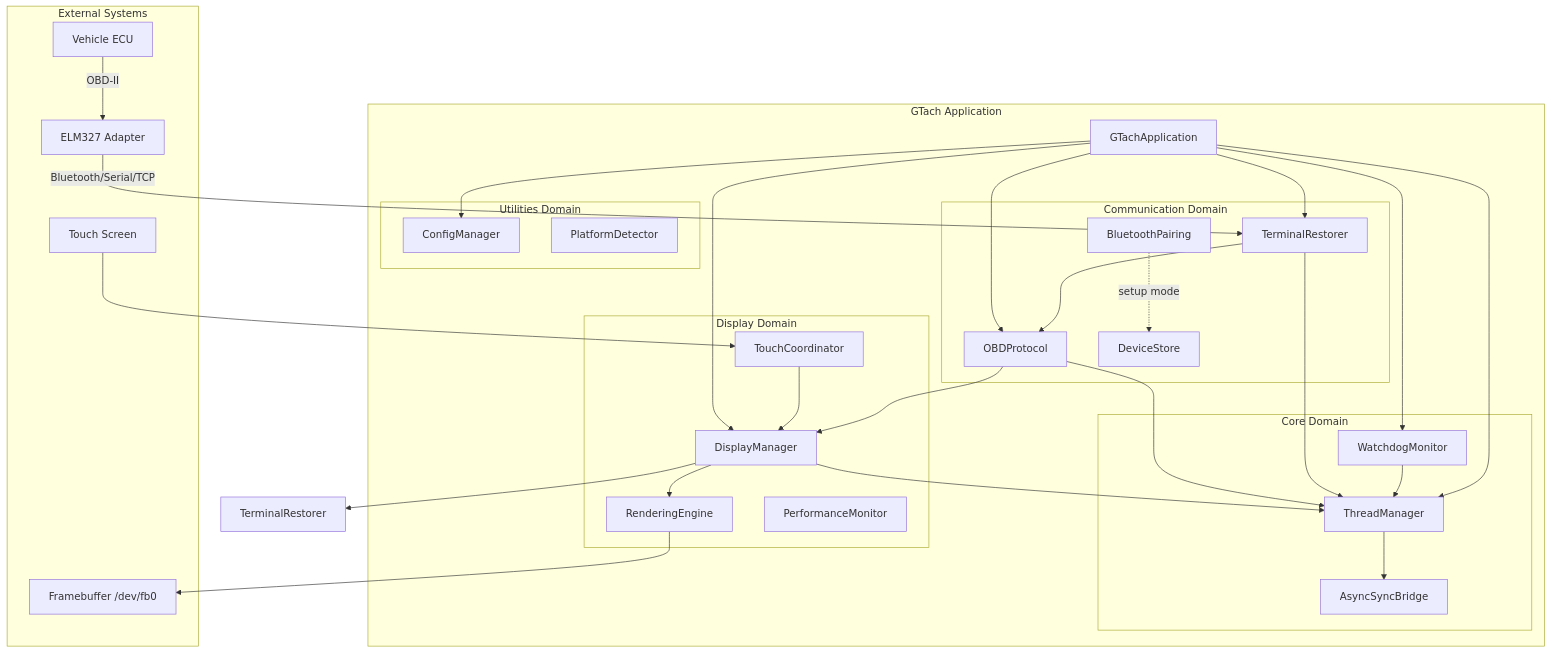
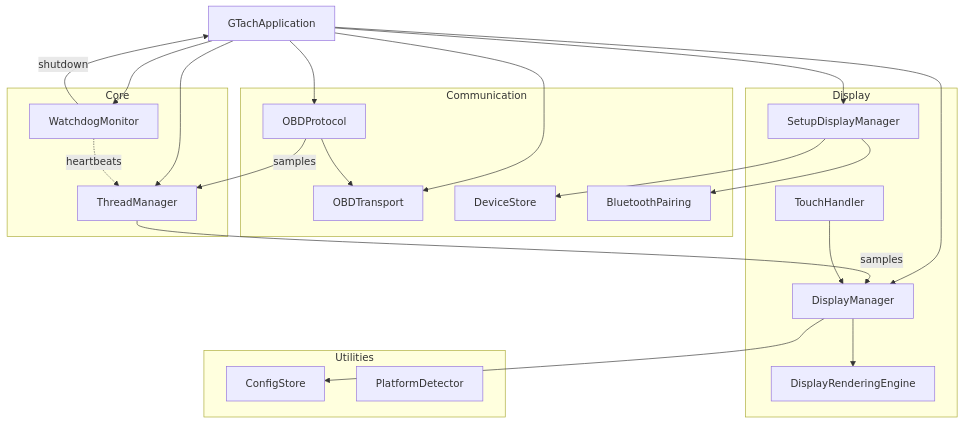
Before and after one commit to William12556/GTach: the second of 3 diagrams in ai/workspace/design/design-gtach-master.md, drawn with Mermaid. The commit also changed other lines of this file and 12 other files, not shown here.

````diff
--- a/ai/workspace/design/design-gtach-master.md
+++ b/ai/workspace/design/design-gtach-master.md
@@ -698,63 +304,40 @@
 ```mermaid
-graph TB
-    subgraph "GTach Application"
-        APP[GTachApplication]
-        
-        subgraph "Core Domain"
-            TM[ThreadManager]
-            WD[WatchdogMonitor]
-            ASB[AsyncSyncBridge]
-        end
-        
-        subgraph "Communication Domain"
-            TR[OBDTransport]
-            OBD[OBDProtocol]
-            DS[DeviceStore]
-            BP[BluetoothPairing]
-        end
-        
-        subgraph "Display Domain"
-            DM[DisplayManager]
-            RE[RenderingEngine]
-            TC[TouchCoordinator]
-            PM[PerformanceMonitor]
-        end
-        
-        subgraph "Utilities Domain"
-            CM[ConfigManager]
-            PD[PlatformDetector]
-            TR[TerminalRestorer]
-        end
+flowchart TB
+    APP[GTachApplication]
+    subgraph Core
+        TM[ThreadManager]
+        WD[WatchdogMonitor]
     end
-    
-    subgraph "External Systems"
-        ECU[Vehicle ECU]
-        ELM[ELM327 Adapter]
-        FB[Framebuffer /dev/fb0]
-        TS[Touch Screen]
+    subgraph Communication
+        TR[OBDTransport]
+        OP[OBDProtocol]
+        DS[DeviceStore]
+        BP[BluetoothPairing]
     end
-    
-    ECU -->|OBD-II| ELM
-    ELM -->|Bluetooth/Serial/TCP| TR
-    TR --> OBD
-    OBD --> DM
-    DM --> RE
-    RE --> FB
-    TS --> TC
-    TC --> DM
-    
+    subgraph Display
+        DM[DisplayManager]
+        RE[DisplayRenderingEngine]
+        TH[TouchHandler]
+        SM[SetupDisplayManager]
+    end
+    subgraph Utilities
+        CS[ConfigStore]
+        PD[PlatformDetector]
+    end
     APP --> TM
     APP --> WD
     APP --> TR
-    APP --> OBD
+    APP --> OP
     APP --> DM
-    APP --> CM
-    
-    TM --> ASB
-    WD --> TM
-    TR --> TM
-    BP -.->|setup mode| DS
-    OBD --> TM
-    DM --> TM
-    DM --> TermR[TerminalRestorer]
+    APP --> SM
+    OP --> TR
+    OP -- samples --> TM
+    TM -- samples --> DM
+    DM --> RE
+    TH --> DM
+    SM --> BP
+    SM --> DS
+    DM --> CS
+    WD -. heartbeats .-> TM
+    WD -- shutdown --> APP
 ```
````
